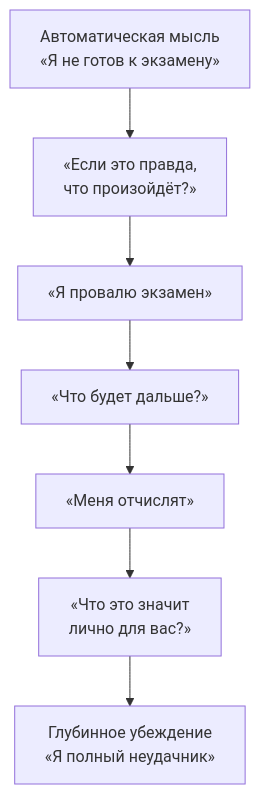
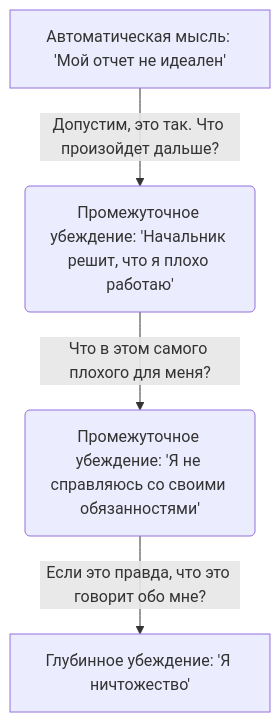
The diagram in content/articles/techniques/padayushchaya-strela-kpt/index.mdx (becasualle/vimutti), drawn with Mermaid before and after one commit. The commit also changed other lines of this file and 8 other files, not shown here.

````diff
--- a/content/articles/techniques/padayushchaya-strela-kpt/index.mdx
+++ b/content/articles/techniques/padayushchaya-strela-kpt/index.mdx
@@ -63,9 +34,6 @@
 ```mermaid
 graph TD
-    A[Автоматическая мысль<br>«Я не готов к экзамену»] --> B[«Если это правда,<br>что произойдёт?»]
-    B --> C[«Я провалю экзамен»]
-    C --> D[«Что будет дальше?»]
-    D --> E[«Меня отчислят»]
-    E --> F[«Что это значит<br>лично для вас?»]
-    F --> G[Глубинное убеждение<br>«Я полный неудачник»]
+    A[Автоматическая мысль: 'Мой отчет не идеален'] -->|Допустим, это так. Что произойдет дальше?| B(Промежуточное убеждение: 'Начальник решит, что я плохо работаю')
+    B -->|Что в этом самого плохого для меня?| C(Промежуточное убеждение: 'Я не справляюсь со своими обязанностями')
+    C -->|Если это правда, что это говорит обо мне?| D[Глубинное убеждение: 'Я ничтожество']
 ```
````
